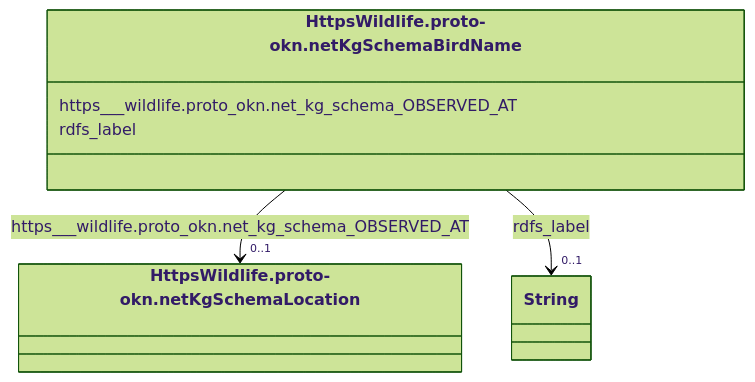
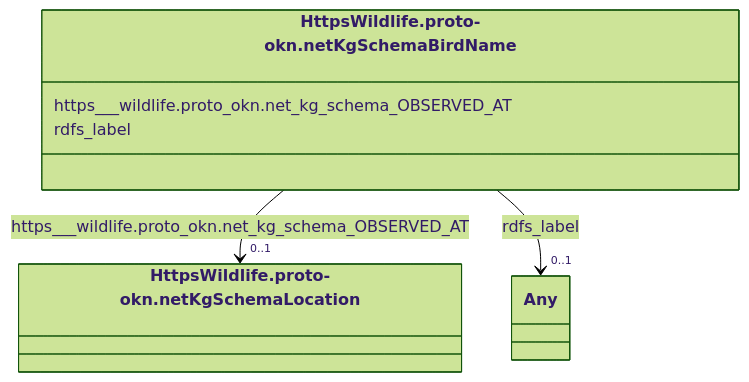
One commit to frink-okn/graph-descriptions changed the diagram in wildlife-kg/classes/HttpsWildlife.proto-okn.netKgSchemaBirdName.md. Above: the diagram before and after it, drawn with Mermaid (forest theme). The commit also changed other lines of this file and 63 other files, not shown here.

````diff
--- a/wildlife-kg/classes/HttpsWildlife.proto-okn.netKgSchemaBirdName.md
+++ b/wildlife-kg/classes/HttpsWildlife.proto-okn.netKgSchemaBirdName.md
@@ -23,24 +18,24 @@
 ```mermaid
  classDiagram
     class HttpsWildlife.proto-okn.netKgSchemaBirdName
     click HttpsWildlife.proto-okn.netKgSchemaBirdName href "../HttpsWildlife.proto-okn.netKgSchemaBirdName"
       HttpsWildlife.proto-okn.netKgSchemaBirdName : https___wildlife.proto_okn.net_kg_schema_OBSERVED_AT
         
           
     
     
     HttpsWildlife.proto-okn.netKgSchemaBirdName --> "0..1" HttpsWildlife.proto-okn.netKgSchemaLocation : https___wildlife.proto_okn.net_kg_schema_OBSERVED_AT
     click HttpsWildlife.proto-okn.netKgSchemaLocation href "../HttpsWildlife.proto-okn.netKgSchemaLocation"
 
         
       HttpsWildlife.proto-okn.netKgSchemaBirdName : rdfs_label
         
           
     
     
-    HttpsWildlife.proto-okn.netKgSchemaBirdName --> "0..1" String : rdfs_label
-    click String href "../String"
+    HttpsWildlife.proto-okn.netKgSchemaBirdName --> "0..1" Any : rdfs_label
+    click Any href "../Any"
 
         
       
 ```
````
